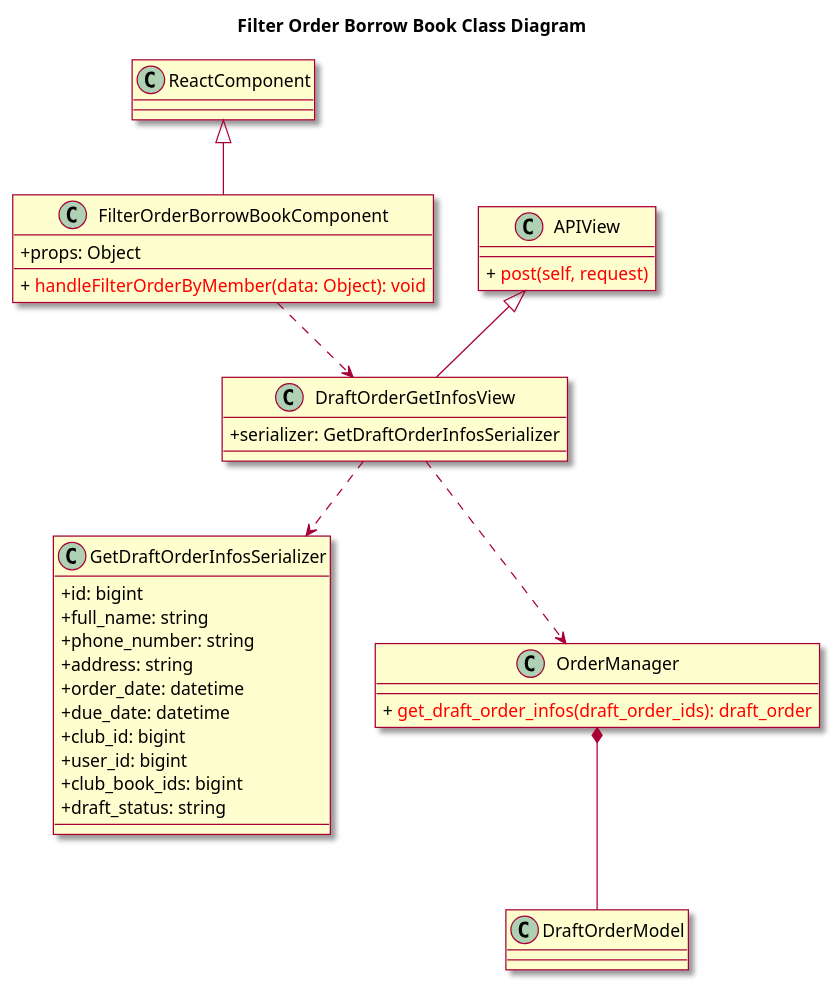
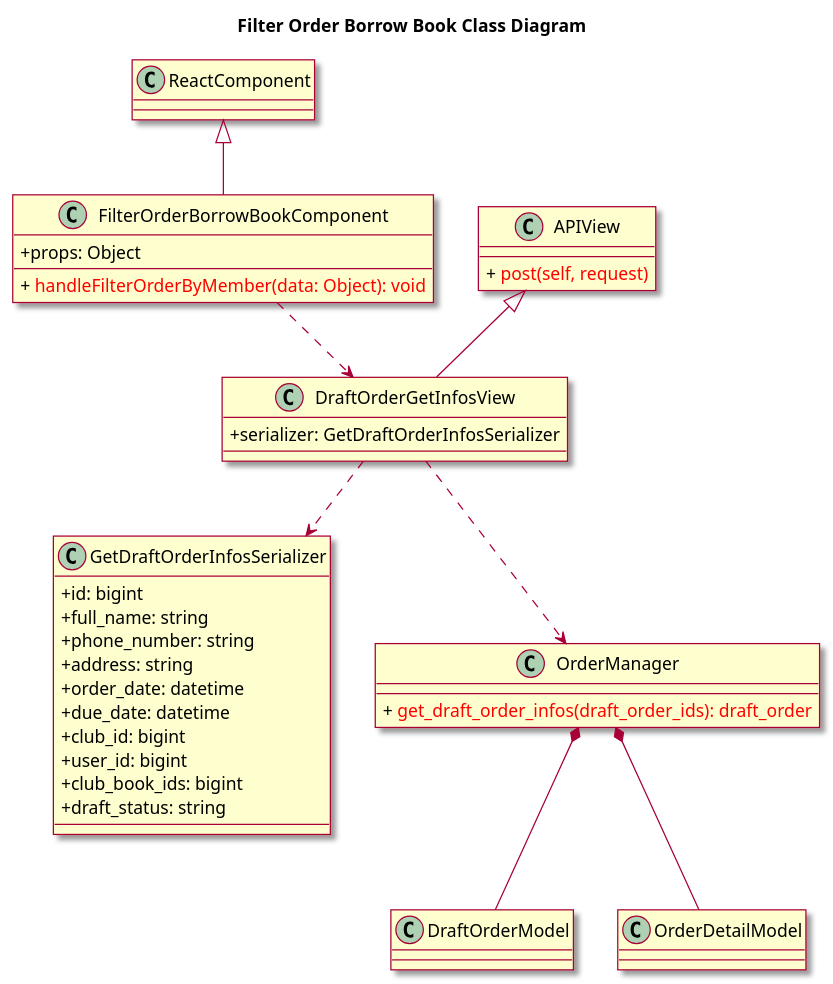
Before and after one commit to ljttl3q04t/Book-Over-There: the diagram in uml/020-class-filter-order-borrow-book.wsd, drawn with PlantUML. The commit also changed 2 other files, not shown here.

```diff
--- a/uml/020-class-filter-order-borrow-book.wsd
+++ b/uml/020-class-filter-order-borrow-book.wsd
@@ -1,44 +1,48 @@
 @startuml
 skin rose
 skinparam classAttributeIconSize 0
 
 title Filter Order Borrow Book Class Diagram
 class ReactComponent
 
 class FilterOrderBorrowBookComponent {
 	+ props: Object
 	+ {method} <color:red> handleFilterOrderByMember(data: Object): void
 }
 
 class DraftOrderGetInfosView {
 	+ serializer: GetDraftOrderInfosSerializer
 }
 
 class APIView {
 	+ {method} <color:red> post(self, request)
 }
 class GetDraftOrderInfosSerializer {
     + id: bigint
     + full_name: string
     + phone_number: string
     + address: string
     + order_date: datetime
     + due_date: datetime 
     + club_id: bigint
     + user_id: bigint
     + club_book_ids: bigint
     + draft_status: string
 }
 class OrderManager{
     + {method} <color:red> get_draft_order_infos(draft_order_ids): draft_order
 }
 class DraftOrderModel{
 
 }
+class OrderDetailModel{
+
+}
 ReactComponent <|-- FilterOrderBorrowBookComponent
 APIView <|-- DraftOrderGetInfosView
 FilterOrderBorrowBookComponent ..> DraftOrderGetInfosView
 DraftOrderGetInfosView ..> GetDraftOrderInfosSerializer
 DraftOrderGetInfosView ..> OrderManager
 OrderManager *-- DraftOrderModel
+OrderManager *-- OrderDetailModel
 @enduml
```
